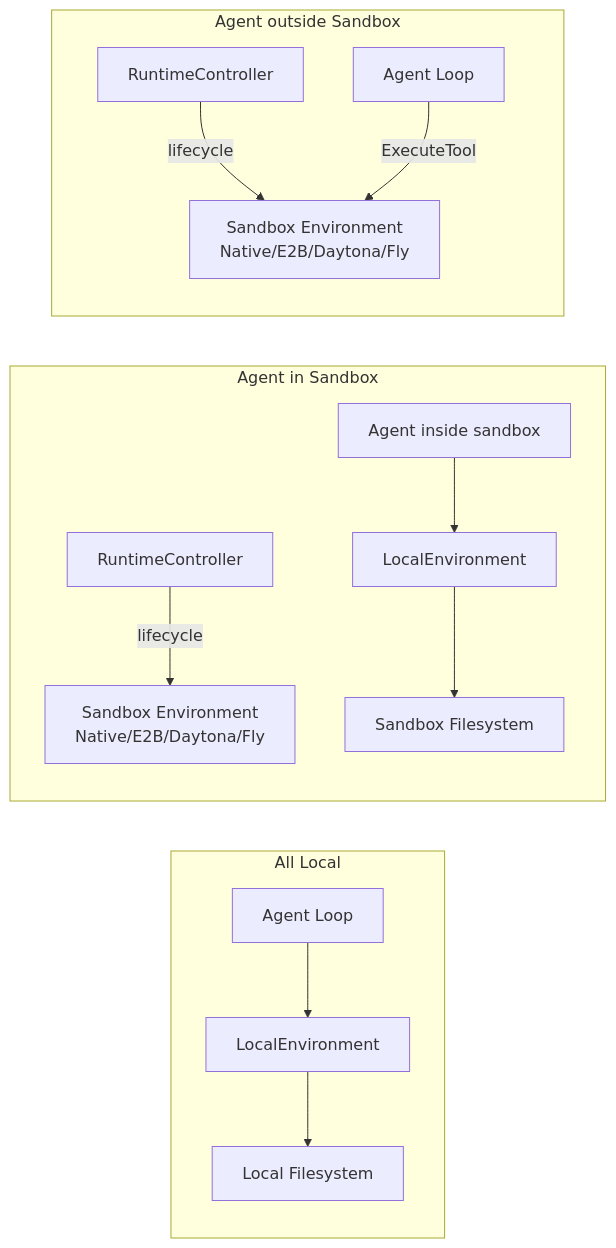
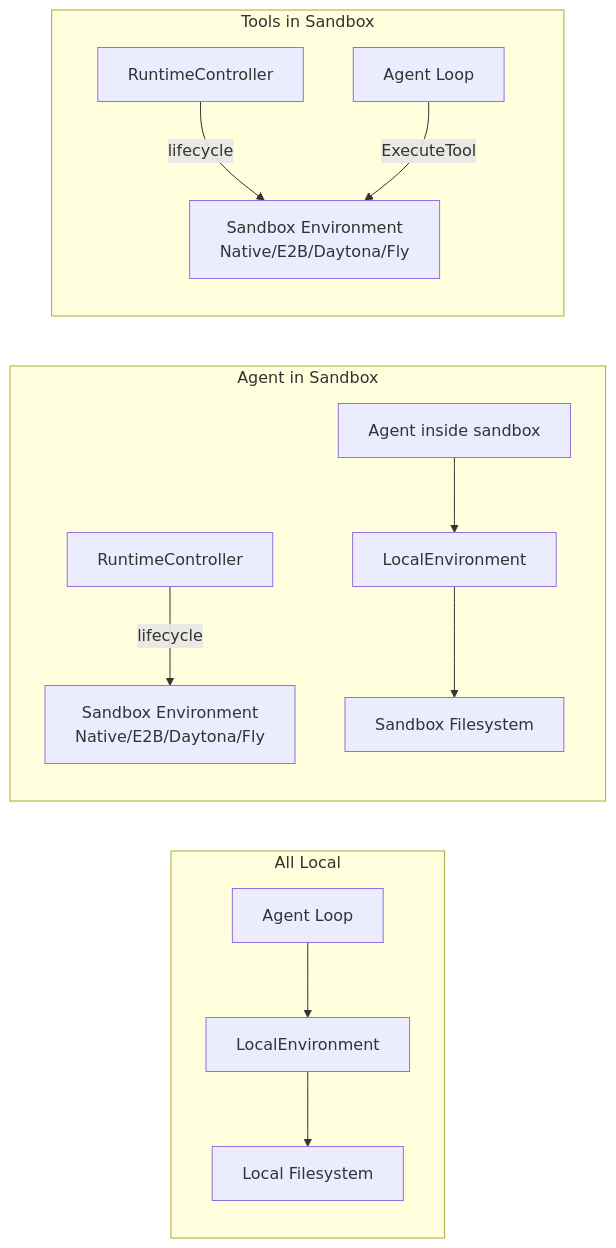
One commit to dcosson/flex-agent-runtime changed the second of 3 diagrams in docs/plans/11-sandbox-host-service.add01.md. Above: the diagram before and after it, drawn with Mermaid. The commit also changed other lines of this file and 4 other files, not shown here.

First line of the commit message:
Rename 'Agent outside Sandbox' to 'Tools in Sandbox' across docs

````diff
--- a/docs/plans/11-sandbox-host-service.add01.md
+++ b/docs/plans/11-sandbox-host-service.add01.md
@@ -96,18 +96,18 @@
 ```mermaid
 graph LR
     subgraph "All Local"
         al_agent[Agent Loop] --> al_env[LocalEnvironment]
         al_env --> al_fs[Local Filesystem]
     end
 
     subgraph "Agent in Sandbox"
         ais_rc[RuntimeController] -->|lifecycle| ais_sandbox[Sandbox Environment<br/>Native/E2B/Daytona/Fly]
         ais_agent[Agent inside sandbox] --> ais_env[LocalEnvironment]
         ais_env --> ais_fs[Sandbox Filesystem]
     end
 
-    subgraph "Agent outside Sandbox"
+    subgraph "Tools in Sandbox"
         aos_rc[RuntimeController] -->|lifecycle| aos_env[Sandbox Environment<br/>Native/E2B/Daytona/Fly]
         aos_agent[Agent Loop] -->|ExecuteTool| aos_env
     end
 ```
````
